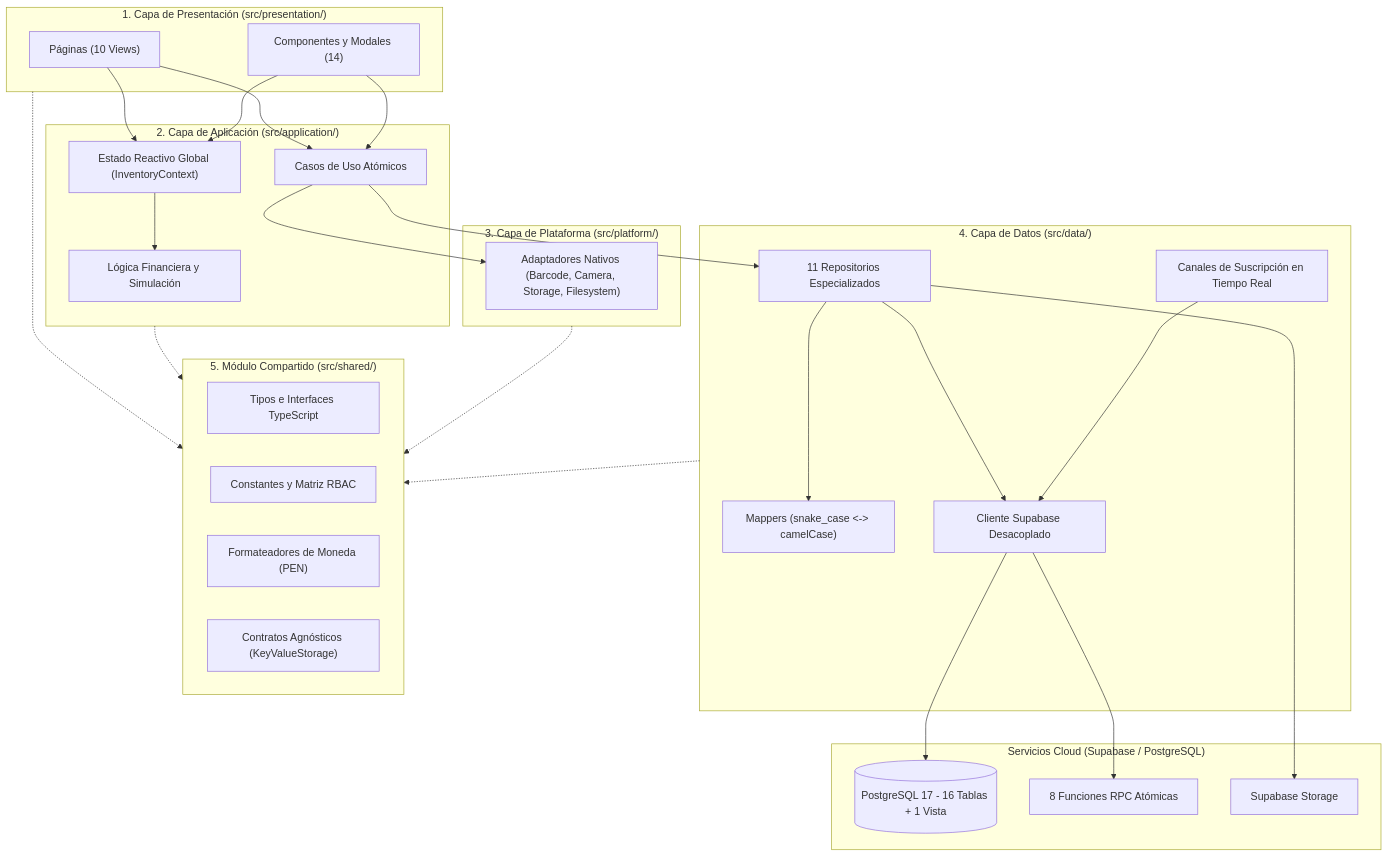
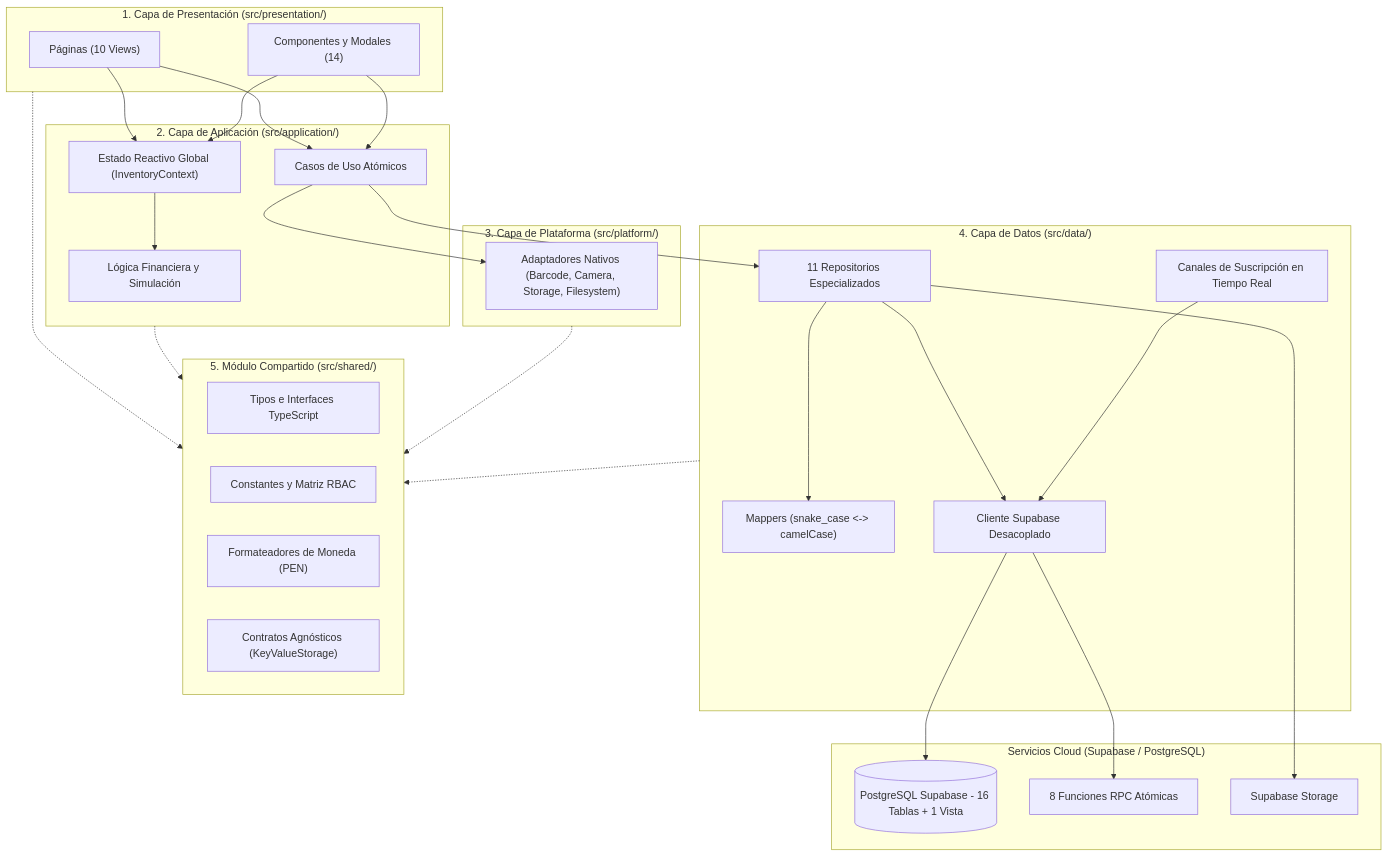
The diagram in docs/documentacion/02-arquitectura.md (emircruzm/Rentabill), drawn with Mermaid before and after one commit. The commit also changed other lines of this file and 24 other files, not shown here.

````diff
--- a/docs/documentacion/02-arquitectura.md
+++ b/docs/documentacion/02-arquitectura.md
@@ -9,56 +9,56 @@
 ```mermaid
 flowchart TD
     subgraph UI ["1. Capa de Presentación (src/presentation/)"]
         Pages["Páginas (10 Views)"]
         Components["Componentes y Modales (14)"]
     end
 
     subgraph App ["2. Capa de Aplicación (src/application/)"]
         Logic["Lógica Financiera y Simulación"]
         UseCases["Casos de Uso Atómicos"]
         State["Estado Reactivo Global (InventoryContext)"]
     end
 
     subgraph Platform ["3. Capa de Plataforma (src/platform/)"]
         CapacitorAdapters["Adaptadores Nativos (Barcode, Camera, Storage, Filesystem)"]
     end
 
     subgraph Data ["4. Capa de Datos (src/data/)"]
         Repos["11 Repositorios Especializados"]
         Mappers["Mappers (snake_case <-> camelCase)"]
         Realtime["Canales de Suscripción en Tiempo Real"]
         SupaClient["Cliente Supabase Desacoplado"]
     end
 
     subgraph Shared ["5. Módulo Compartido (src/shared/)"]
         Types["Tipos e Interfaces TypeScript"]
         RolesConst["Constantes y Matriz RBAC"]
         Formatters["Formateadores de Moneda (PEN)"]
         Contracts["Contratos Agnósticos (KeyValueStorage)"]
     end
 
     subgraph Backend ["Servicios Cloud (Supabase / PostgreSQL)"]
-        DB[(PostgreSQL 17 - 16 Tablas + 1 Vista)]
+        DB[(PostgreSQL Supabase - 16 Tablas + 1 Vista)]
         RPC[8 Funciones RPC Atómicas]
         StorageBucket[Supabase Storage]
     end
 
     Pages --> UseCases
     Pages --> State
     Components --> State
     Components --> UseCases
     State --> Logic
     UseCases --> Repos
     UseCases --> CapacitorAdapters
     Repos --> Mappers
     Repos --> SupaClient
     Realtime --> SupaClient
     SupaClient --> RPC
     SupaClient --> DB
     Repos --> StorageBucket
 
     UI -.-> Shared
     App -.-> Shared
     Platform -.-> Shared
     Data -.-> Shared
 ```
````
